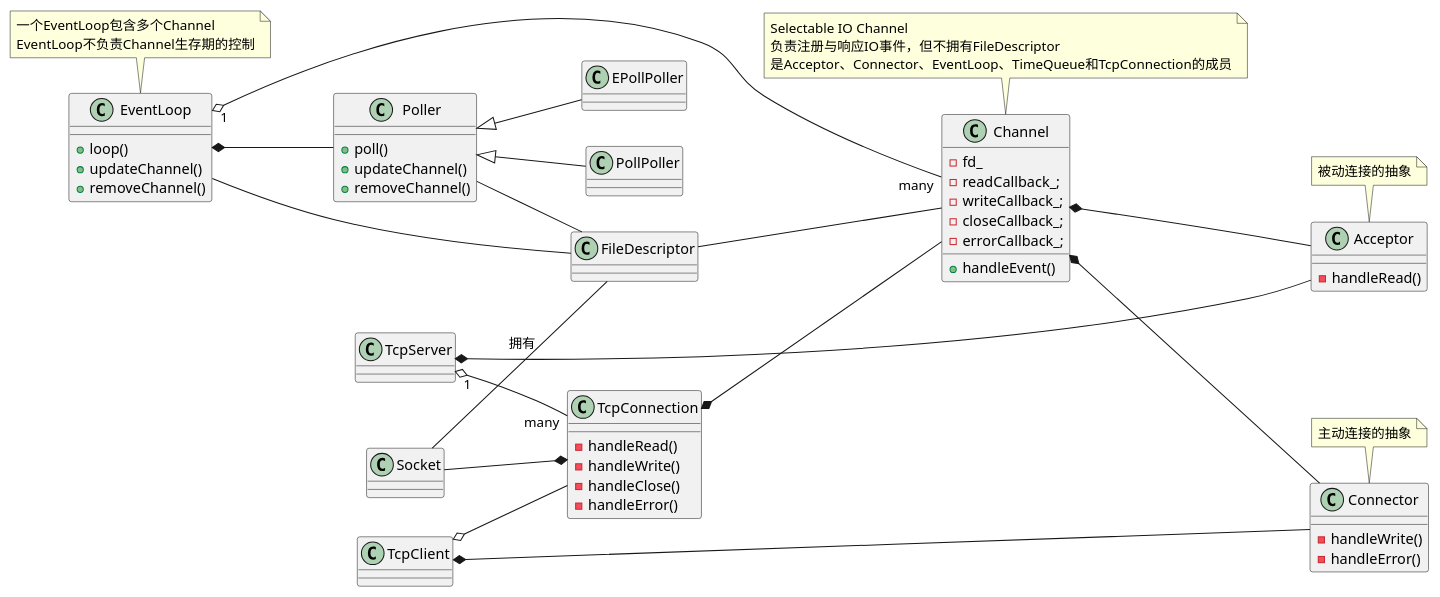
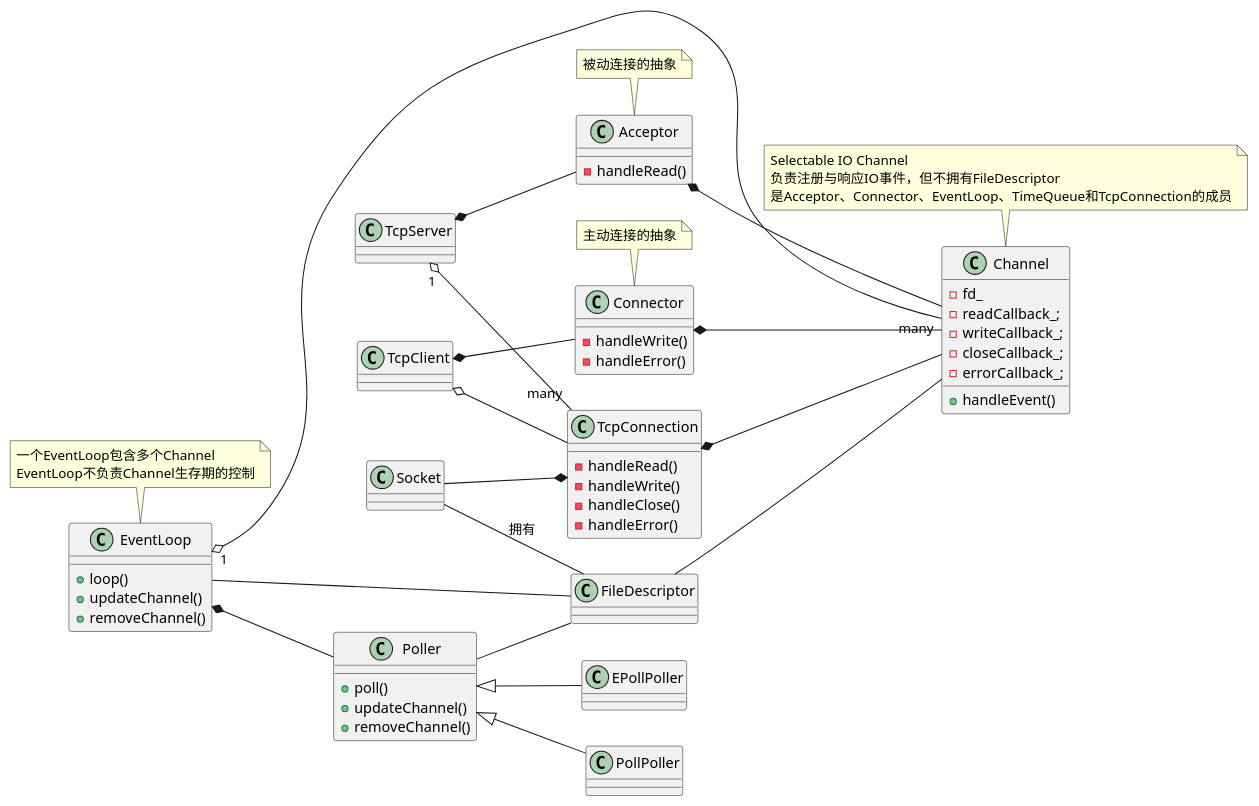
Before and after one commit to shea825/muduoLib: the diagram in muduo/net/EventLoop.puml, drawn with PlantUML. The commit also changed 19 other files, not shown here.

```diff
--- a/muduo/net/EventLoop.puml
+++ b/muduo/net/EventLoop.puml
@@ -1,74 +1,74 @@
 @startuml
 'https://plantuml.com/class-diagram
 left to right direction
 
 class EventLoop {
 +loop()
 +updateChannel()
 +removeChannel()
 }
 note top
 一个EventLoop包含多个Channel
 EventLoop不负责Channel生存期的控制
 end note
 
 class Channel {
 -fd_
 -readCallback_;
 -writeCallback_;
 -closeCallback_;
 -errorCallback_;
 +handleEvent()
 }
 note top
 Selectable IO Channel
 负责注册与响应IO事件，但不拥有FileDescriptor
 是Acceptor、Connector、EventLoop、TimeQueue和TcpConnection的成员
 end note
 class Poller {
 +poll()
 +updateChannel()
 +removeChannel()
 }
 
 class TcpConnection {
 -handleRead()
 -handleWrite()
 -handleClose()
 -handleError()
 }
 
 class Acceptor {
 -handleRead()
 }
 note top
 被动连接的抽象
 end note
 
 class Connector {
 -handleWrite()
 -handleError()
 }
 note top
 主动连接的抽象
 end note
 
 EventLoop *-- Poller
 EventLoop -- FileDescriptor
 Poller -- FileDescriptor
 Socket -- FileDescriptor : 拥有
 Socket --* TcpConnection
 FileDescriptor -- Channel
 Poller <|-- EPollPoller
 Poller <|-- PollPoller
 EventLoop "1" o-- "many" Channel
 TcpConnection *-- Channel
-Channel *-- Acceptor
-Channel *-- Connector
+Acceptor *-- Channel
+Connector *-- Channel
 TcpServer *-- Acceptor
 TcpClient *-- Connector
 TcpServer "1" o-- "many" TcpConnection
 TcpClient o-- TcpConnection
 
 
 @enduml
```
